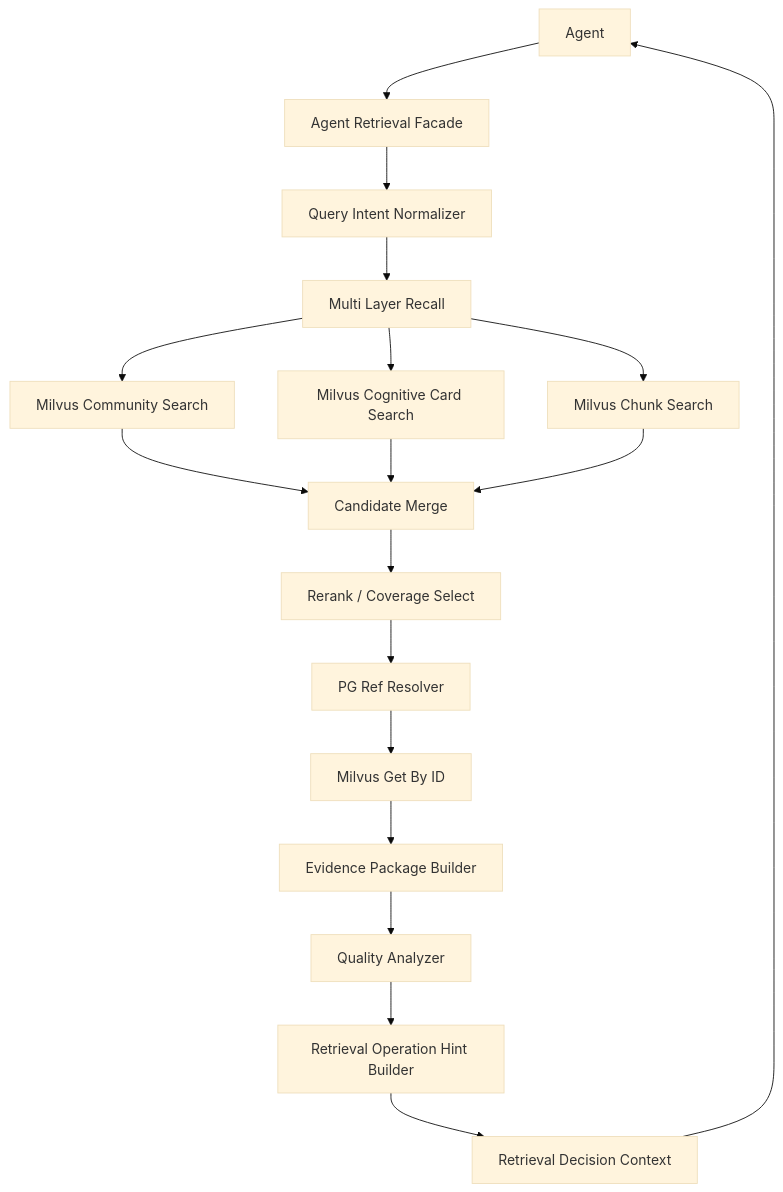
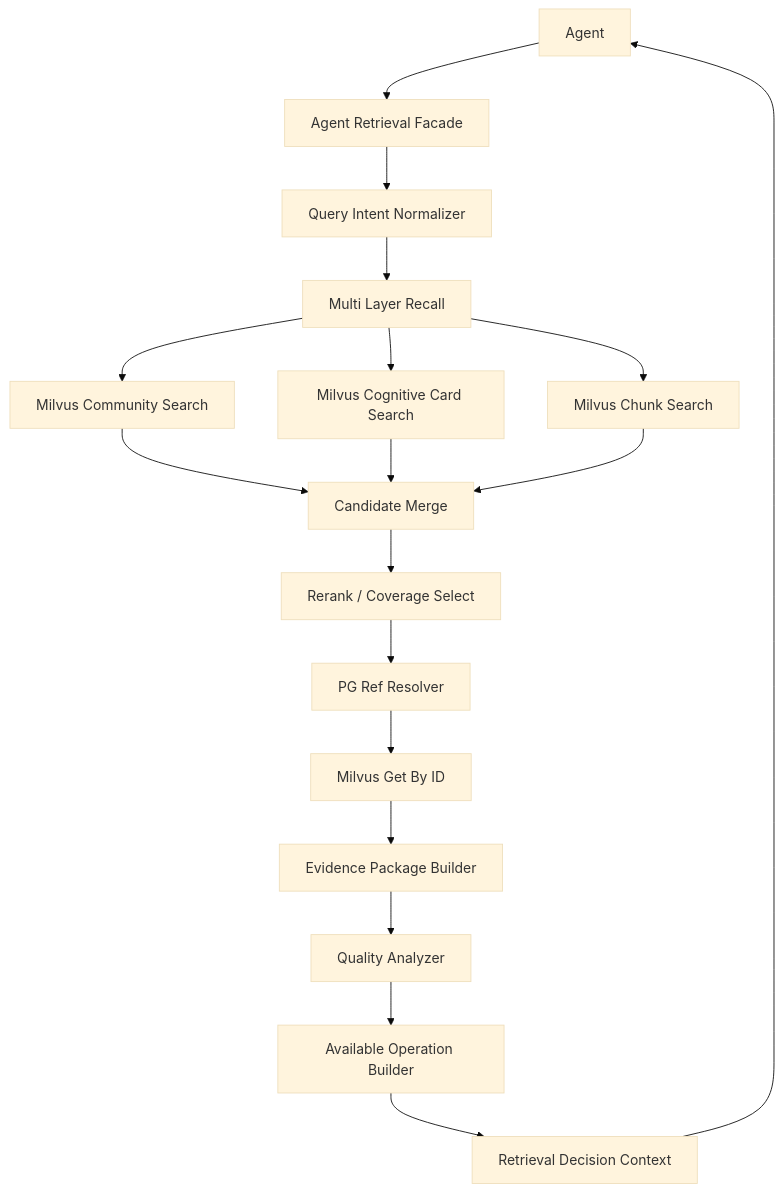
The first of 4 diagrams in .claude/skills/smart-fund-server/docs/3. 实施方案/4. 知识图谱/19. Agent检索与决策上下文实施方案.md (qiyuebuku/frida-test), drawn with Mermaid (base theme) before and after one commit. The commit also changed other lines of this file and 166 other files, not shown here.

````diff
--- a/.claude/skills/smart-fund-server/docs/3. 实施方案/4. 知识图谱/19. Agent检索与决策上下文实施方案.md
+++ b/.claude/skills/smart-fund-server/docs/3. 实施方案/4. 知识图谱/19. Agent检索与决策上下文实施方案.md
@@ -46,23 +46,23 @@
 ```mermaid
 flowchart TD
     A[Agent] --> B[Agent Retrieval Facade]
     B --> C[Query Intent Normalizer]
     C --> D[Multi Layer Recall]
 
     D --> D1[Milvus Community Search]
     D --> D2[Milvus Cognitive Card Search]
     D --> D3[Milvus Chunk Search]
 
     D1 --> E[Candidate Merge]
     D2 --> E
     D3 --> E
 
     E --> F[Rerank / Coverage Select]
     F --> G[PG Ref Resolver]
     G --> H[Milvus Get By ID]
     H --> I[Evidence Package Builder]
     I --> J[Quality Analyzer]
-    J --> K[Retrieval Operation Hint Builder]
+    J --> K[Available Operation Builder]
     K --> L[Retrieval Decision Context]
     L --> A
 ```
````
